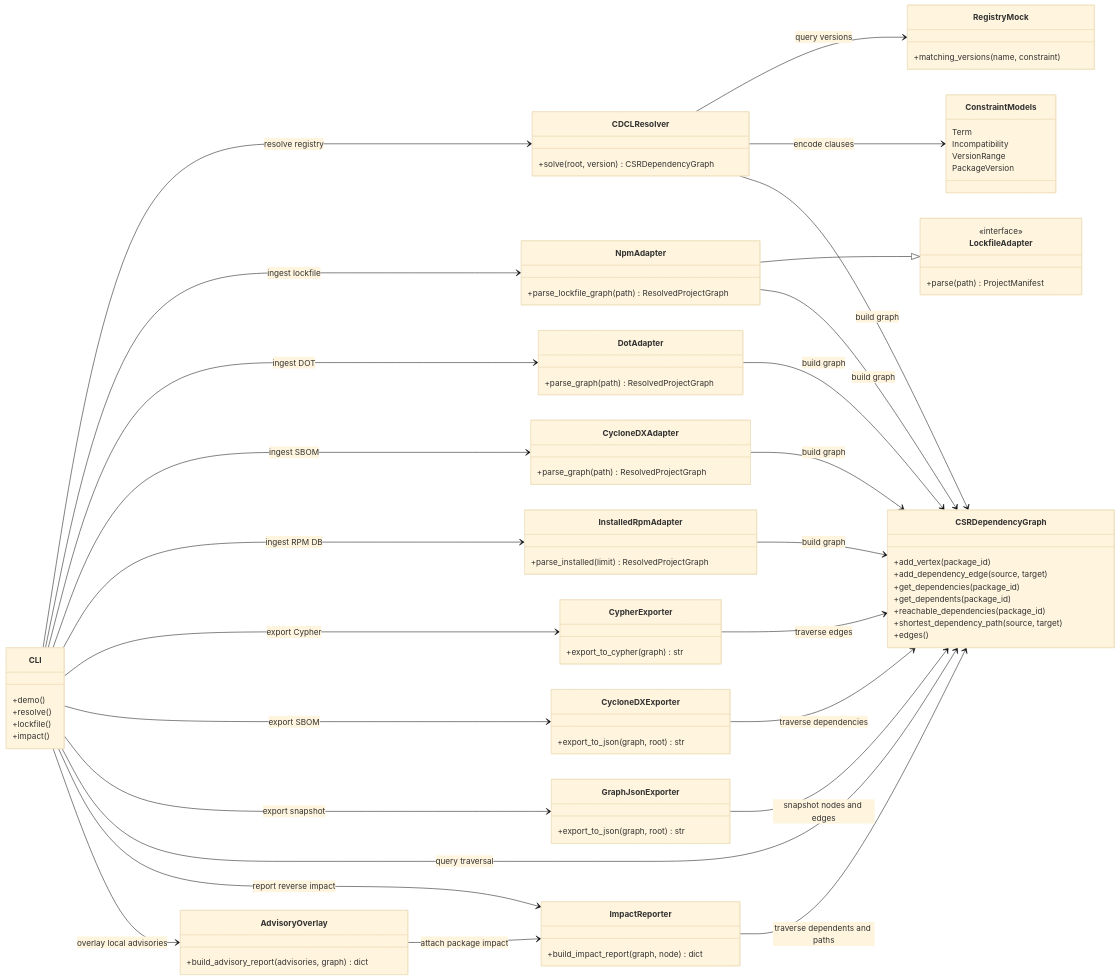
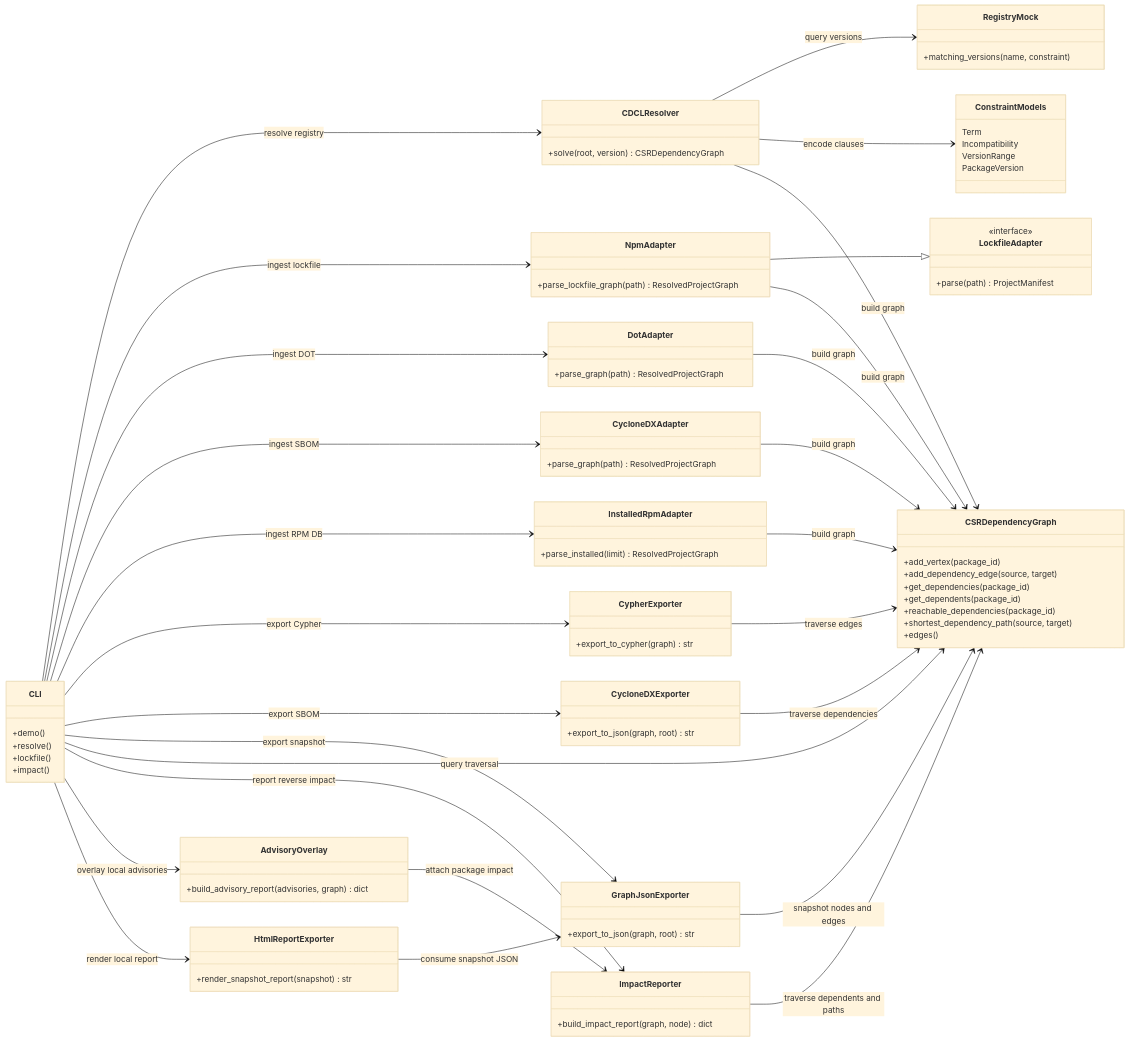
Before and after one commit to xsub/EnterpriseLinux-SoftwareSupplyChain: the first of 2 diagrams in README.md, drawn with Mermaid (base theme). The commit also changed other lines of this file and 6 other files, not shown here.

Commit message:
Add static HTML snapshot reports

````diff
--- a/README.md
+++ b/README.md
@@ -172,6 +178,9 @@
 class AdvisoryOverlay {
   +build_advisory_report(advisories, graph) dict
 }
+class HtmlReportExporter {
+  +render_snapshot_report(snapshot) str
+}
 class ConstraintModels {
   Term
   Incompatibility
@@ -197,9 +206,11 @@
 CLI --> CSRDependencyGraph : query traversal
 CLI --> ImpactReporter : report reverse impact
 CLI --> AdvisoryOverlay : overlay local advisories
+CLI --> HtmlReportExporter : render local report
 CypherExporter --> CSRDependencyGraph : traverse edges
 CycloneDXExporter --> CSRDependencyGraph : traverse dependencies
 GraphJsonExporter --> CSRDependencyGraph : snapshot nodes and edges
 ImpactReporter --> CSRDependencyGraph : traverse dependents and paths
 AdvisoryOverlay --> ImpactReporter : attach package impact
+HtmlReportExporter --> GraphJsonExporter : consume snapshot JSON
 ```
````
